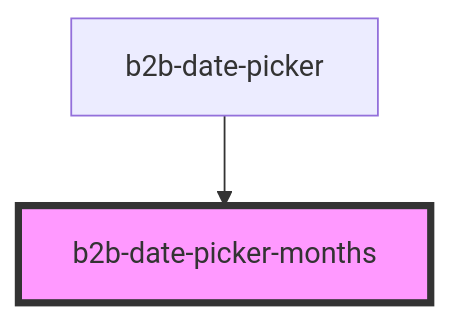
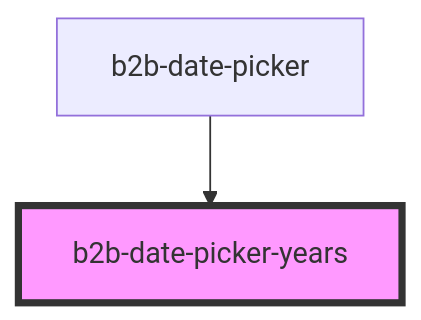
One commit to otto-de/b2b-design-system changed the diagram in packages/core-components/src/components/datePicker/readme.md. Above: the diagram before and after it, drawn with Mermaid. The commit also changed other lines of this file and 9 other files, not shown here.

Commit message:
feat(DatePicker): [BLA-989] Update hint message for date picker component

````diff
--- a/packages/core-components/src/components/datePicker/readme.md
+++ b/packages/core-components/src/components/datePicker/readme.md
@@ -29,5 +29,5 @@
 ```mermaid
 graph TD;
-  b2b-date-picker --> b2b-date-picker-months
-  style b2b-date-picker-months fill:#f9f,stroke:#333,stroke-width:4px
+  b2b-date-picker --> b2b-date-picker-years
+  style b2b-date-picker-years fill:#f9f,stroke:#333,stroke-width:4px
 ```
````
